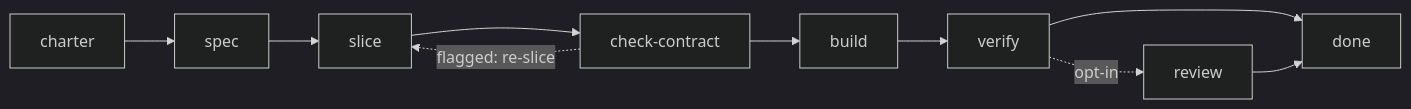
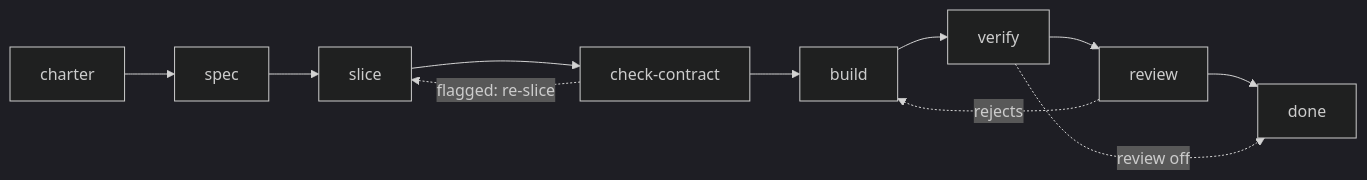
Before and after one commit to ultish/kurukuru: the first of 2 diagrams in skills/kuru-method/SKILL.md, drawn with Mermaid (dark theme). The commit also changed other lines of this file and 16 other files, not shown here.

````diff
--- a/skills/kuru-method/SKILL.md
+++ b/skills/kuru-method/SKILL.md
@@ -17,6 +17,7 @@
 ```mermaid
 flowchart LR
-    charter --> spec --> slice --> check[check-contract] --> build --> verify --> done
+    charter --> spec --> slice --> check[check-contract] --> build --> verify --> review --> done
     check -. flagged: re-slice .-> slice
-    verify -. opt-in .-> review --> done
+    review -. rejects .-> build
+    verify -. review off .-> done
 ```
````
